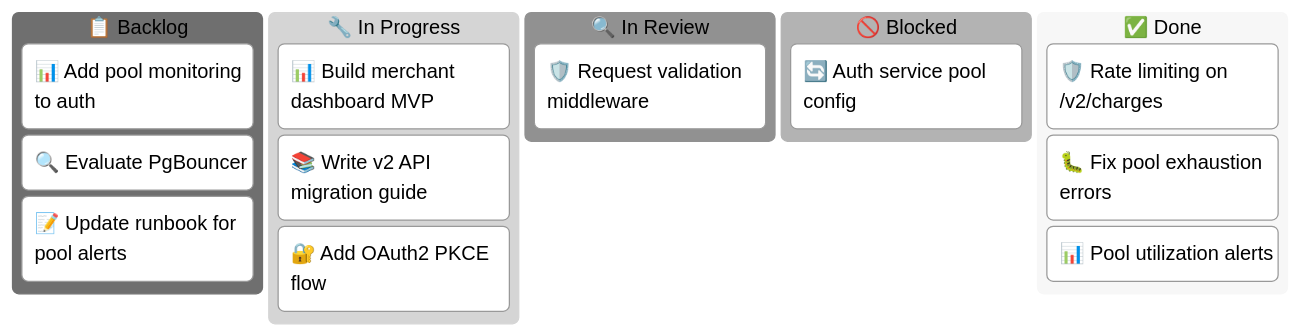
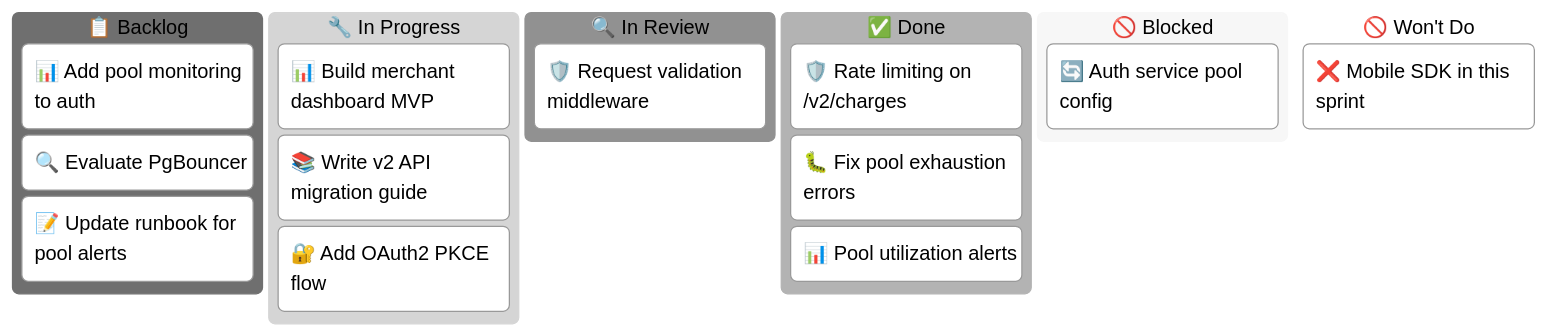
Before and after one commit to SuperiorByteWorks-LLC/ag-skills-demo: the third of 3 diagrams in docs/agentic/mermaid_diagrams/kanban.md, drawn with Mermaid (neutral theme). The commit also changed other lines of this file and 1 other file, not shown here.

````diff
--- a/docs/agentic/mermaid_diagrams/kanban.md
+++ b/docs/agentic/mermaid_diagrams/kanban.md
@@ -73,23 +86,26 @@
 ```mermaid
 kanban
     column1["📋 Backlog"]
         b1["📊 Add pool monitoring to auth"]
         b2["🔍 Evaluate PgBouncer"]
         b3["📝 Update runbook for pool alerts"]
 
     column2["🔧 In Progress"]
         ip1["📊 Build merchant dashboard MVP"]
         ip2["📚 Write v2 API migration guide"]
         ip3["🔐 Add OAuth2 PKCE flow"]
 
     column3["🔍 In Review"]
         r1["🛡️ Request validation middleware"]
 
-    column4["🚫 Blocked"]
-        bl1["🔄 Auth service pool config"]
-
-    column5["✅ Done"]
+    column4["✅ Done"]
         d1["🛡️ Rate limiting on /v2/charges"]
         d2["🐛 Fix pool exhaustion errors"]
         d3["📊 Pool utilization alerts"]
+
+    column5["🚫 Blocked"]
+        bl1["🔄 Auth service pool config"]
+
+    column6["🚫 Won't Do"]
+        w1["❌ Mobile SDK in this sprint"]
 ```
````
